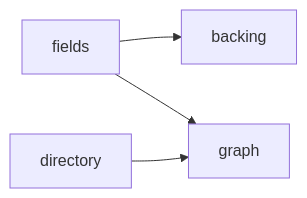
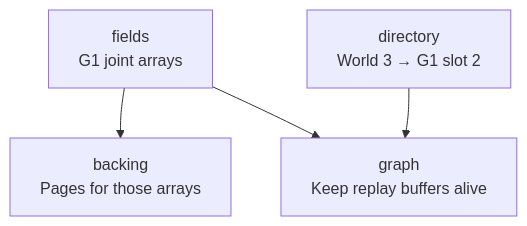
Before and after one commit to ooctipus/gpu-components-docs: the second of 2 diagrams in docs/structure.md, drawn with Mermaid. The commit also changed other lines of this file, not shown here.

Commit message:
Explain module dependencies through the cartpole to G1 reset

````diff
--- a/docs/structure.md
+++ b/docs/structure.md
@@ -56,6 +56,6 @@
 ```mermaid
-flowchart LR
-    fields --> backing
-    fields --> graphmod["graph"]
-    directory --> graphmod
+flowchart TB
+    fields["fields<br/>G1 joint arrays"] --> backing["backing<br/>Pages for those arrays"]
+    fields --> graphmod["graph<br/>Keep replay buffers alive"]
+    directory["directory<br/>World 3 → G1 slot 2"] --> graphmod
 ```
````
